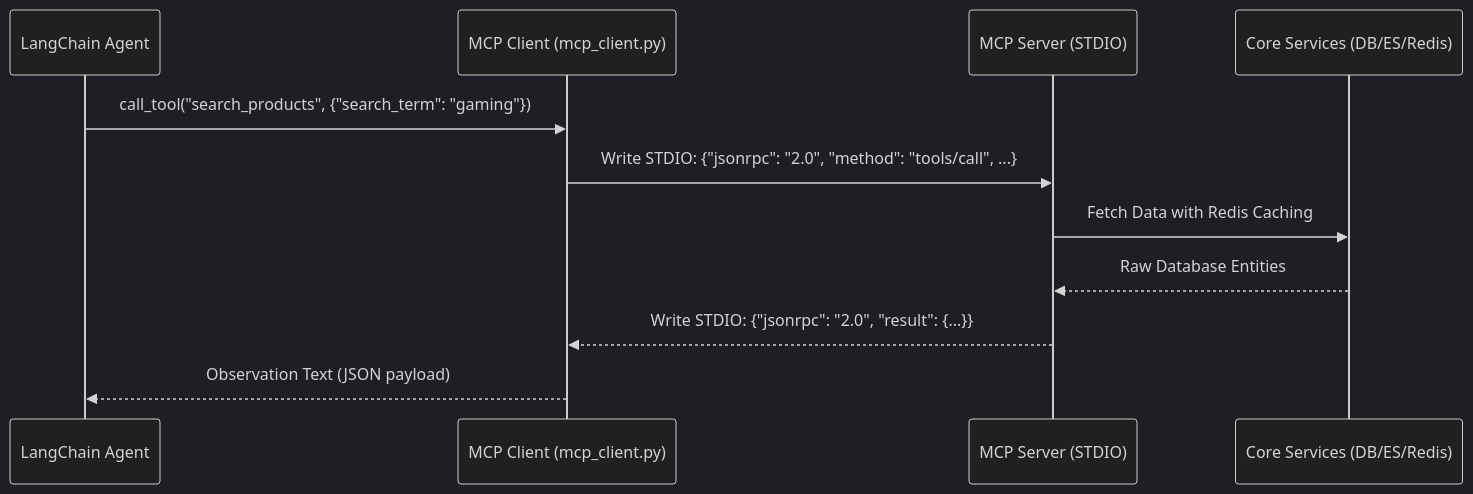
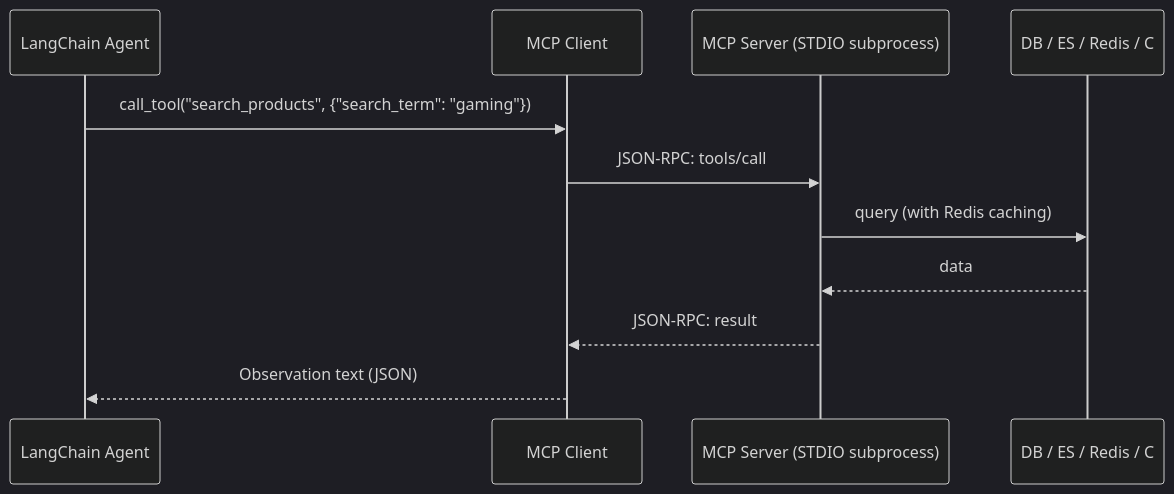
The sixth of 8 diagrams in README.md (chuong1210/VShop), drawn with Mermaid (dark theme) before and after one commit. The commit also changed other lines of this file, not shown here.

First line of the commit message:
docs: expand README with deep AI/RAG, Big Data, and application sections

````diff
--- a/README.md
+++ b/README.md
@@ -226,14 +290,13 @@
 ```mermaid
 sequenceDiagram
     participant Agent as LangChain Agent
-    participant MCP as MCP Client (mcp_client.py)
-    participant Server as MCP Server (STDIO)
-    participant Core as Core Services (DB/ES/Redis)
-
+    participant MCP as MCP Client
+    participant Server as MCP Server (STDIO subprocess)
+    participant Core as DB / ES / Redis / C# API
     Agent->>MCP: call_tool("search_products", {"search_term": "gaming"})
-    MCP->>Server: Write STDIO: {"jsonrpc": "2.0", "method": "tools/call", ...}
-    Server->>Core: Fetch Data with Redis Caching
-    Core-->>Server: Raw Database Entities
-    Server-->>MCP: Write STDIO: {"jsonrpc": "2.0", "result": {...}}
-    MCP-->>Agent: Observation Text (JSON payload)
+    MCP->>Server: JSON-RPC: tools/call
+    Server->>Core: query (with Redis caching)
+    Core-->>Server: data
+    Server-->>MCP: JSON-RPC: result
+    MCP-->>Agent: Observation text (JSON)
 ```
````
